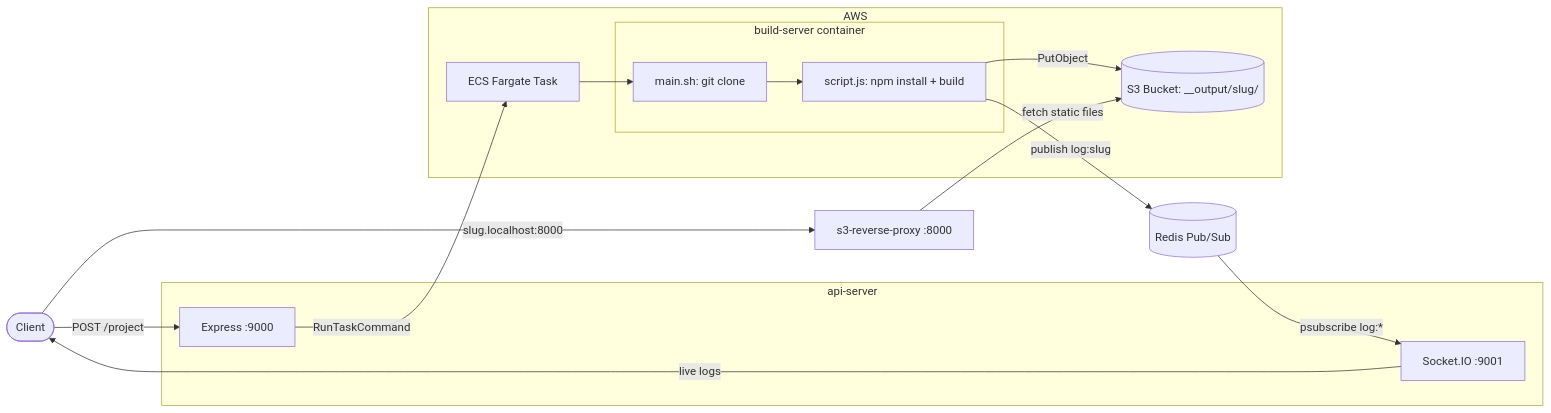
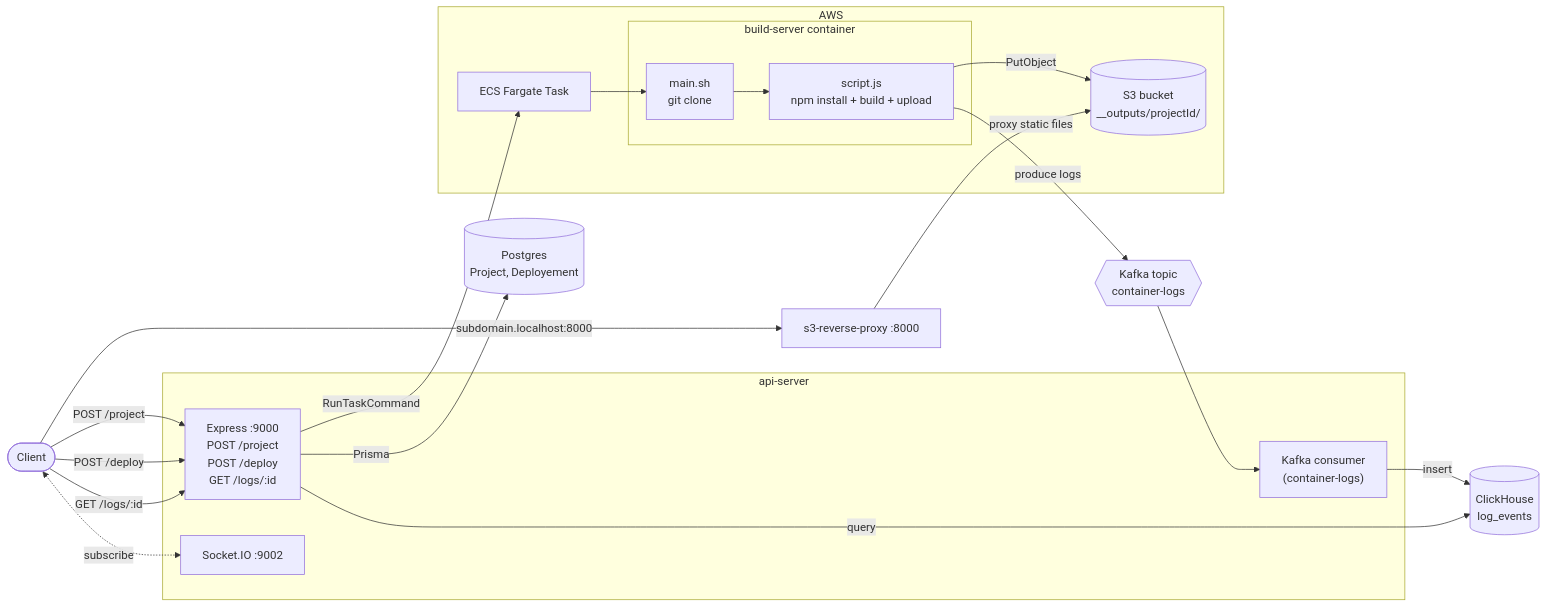
One commit to CodeMaverick-143/deployement changed the diagram in README.md. Above: the diagram before and after it, drawn with Mermaid. The commit also changed other lines of this file and 14 other files, not shown here.

Commit message:
feat: update architecture and configuration for Kafka, ClickHouse, and Postgres integration

````diff
--- a/README.md
+++ b/README.md
@@ -7,31 +7,40 @@
 ```mermaid
 flowchart LR
     Client([Client])
 
     subgraph API[api-server]
-        Express[Express :9000]
-        SocketIO[Socket.IO :9001]
+        Express["Express :9000<br/>POST /project<br/>POST /deploy<br/>GET /logs/:id"]
+        SocketIO["Socket.IO :9002"]
+        Consumer["Kafka consumer<br/>(container-logs)"]
     end
+
+    PG[(Postgres<br/>Project, Deployement)]
+    CH[(ClickHouse<br/>log_events)]
+    Kafka{{Kafka topic<br/>container-logs}}
 
     subgraph AWS
         ECS[ECS Fargate Task]
         subgraph Build[build-server container]
-            Clone["main.sh: git clone"]
-            Script["script.js: npm install + build"]
+            Clone["main.sh<br/>git clone"]
+            Script["script.js<br/>npm install + build + upload"]
         end
-        S3[("S3 Bucket: __output/slug/")]
+        S3[("S3 bucket<br/>__outputs/projectId/")]
     end
 
-    Redis[(Redis Pub/Sub)]
-    Proxy[s3-reverse-proxy :8000]
+    Proxy["s3-reverse-proxy :8000"]
 
-    Client -- POST /project --> Express
-    Express -- RunTaskCommand --> ECS
+    Client -- "POST /project" --> Express
+    Client -- "POST /deploy" --> Express
+    Express -- "Prisma" --> PG
+    Express -- "RunTaskCommand" --> ECS
     ECS --> Clone --> Script
-    Script -- PutObject --> S3
-    Script -- "publish log:slug" --> Redis
-    Redis -- "psubscribe log:*" --> SocketIO
-    SocketIO -- live logs --> Client
-    Client -- "slug.localhost:8000" --> Proxy
-    Proxy -- fetch static files --> S3
+    Script -- "PutObject" --> S3
+    Script -- "produce logs" --> Kafka
+    Kafka --> Consumer
+    Consumer -- "insert" --> CH
+    Client -- "GET /logs/:id" --> Express
+    Express -- "query" --> CH
+    Client <-. "subscribe" .-> SocketIO
+    Client -- "subdomain.localhost:8000" --> Proxy
+    Proxy -- "proxy static files" --> S3
 ```
````
